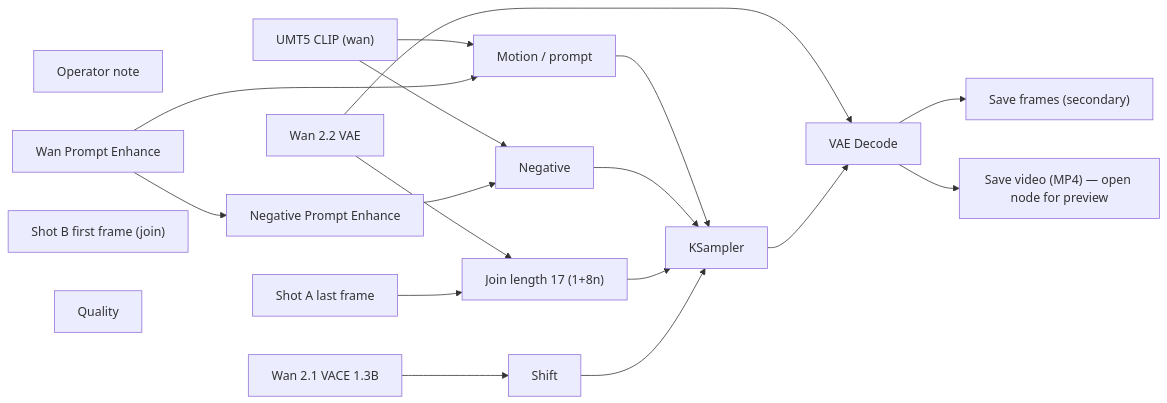
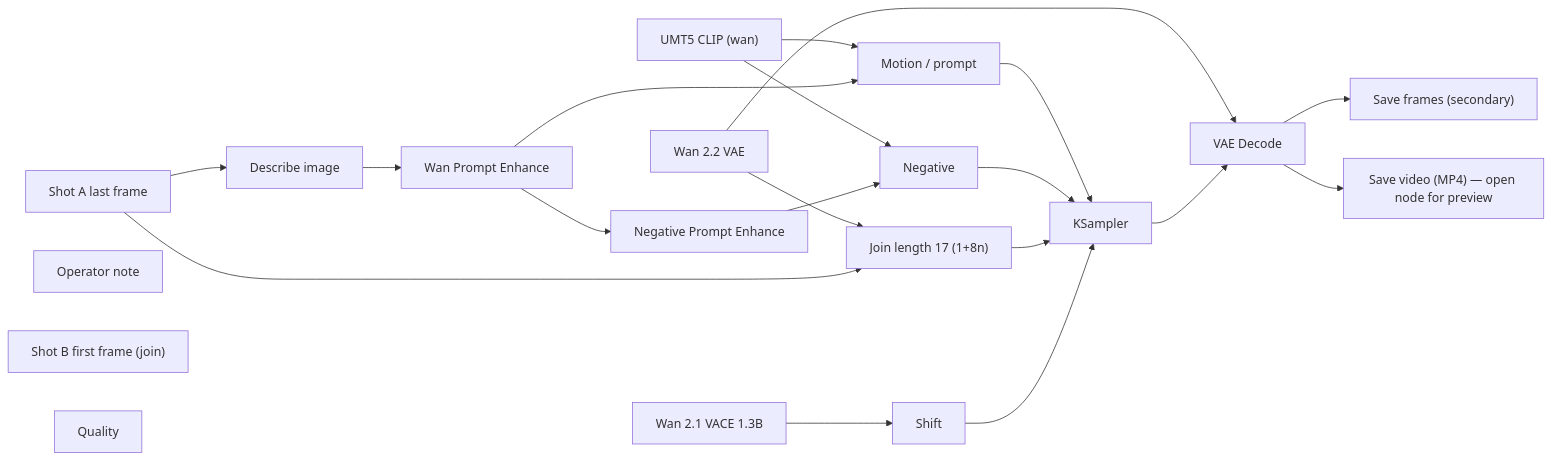
The diagram in docs/generated/workflows/motion/silent/vace-join.md (toxicoder/ez-comfy-stack), drawn with Mermaid before and after one commit. The commit also changed other lines of this file and 405 other files, not shown here.

````diff
--- a/docs/generated/workflows/motion/silent/vace-join.md
+++ b/docs/generated/workflows/motion/silent/vace-join.md
@@ -55,36 +55,39 @@
 ```mermaid
 flowchart LR
   N1["Wan 2.1 VACE 1.3B"]
   N2["UMT5 CLIP (wan)"]
   N3["Wan 2.2 VAE"]
   N4["Shot A last frame"]
   N6["Motion / prompt"]
   N7["Negative"]
   N8["Join length 17 (1+8n)"]
   N9["Shift"]
   N10["KSampler"]
   N11["VAE Decode"]
   N12["Save frames (secondary)"]
   N13["Save video (MP4) — open node for preview"]
   N14["Operator note"]
   N15["Wan Prompt Enhance"]
   N16["Shot B first frame (join)"]
   N17["Negative Prompt Enhance"]
   N18["Quality"]
+  N19["Describe image"]
   N1 --> N9
   N2 --> N6
   N2 --> N7
   N3 --> N8
   N3 --> N11
   N4 --> N8
+  N4 --> N19
   N6 --> N10
   N7 --> N10
   N8 --> N10
   N9 --> N10
   N10 --> N11
   N11 --> N12
   N11 --> N13
   N15 --> N6
   N15 --> N17
   N17 --> N7
+  N19 --> N15
 ```
````
